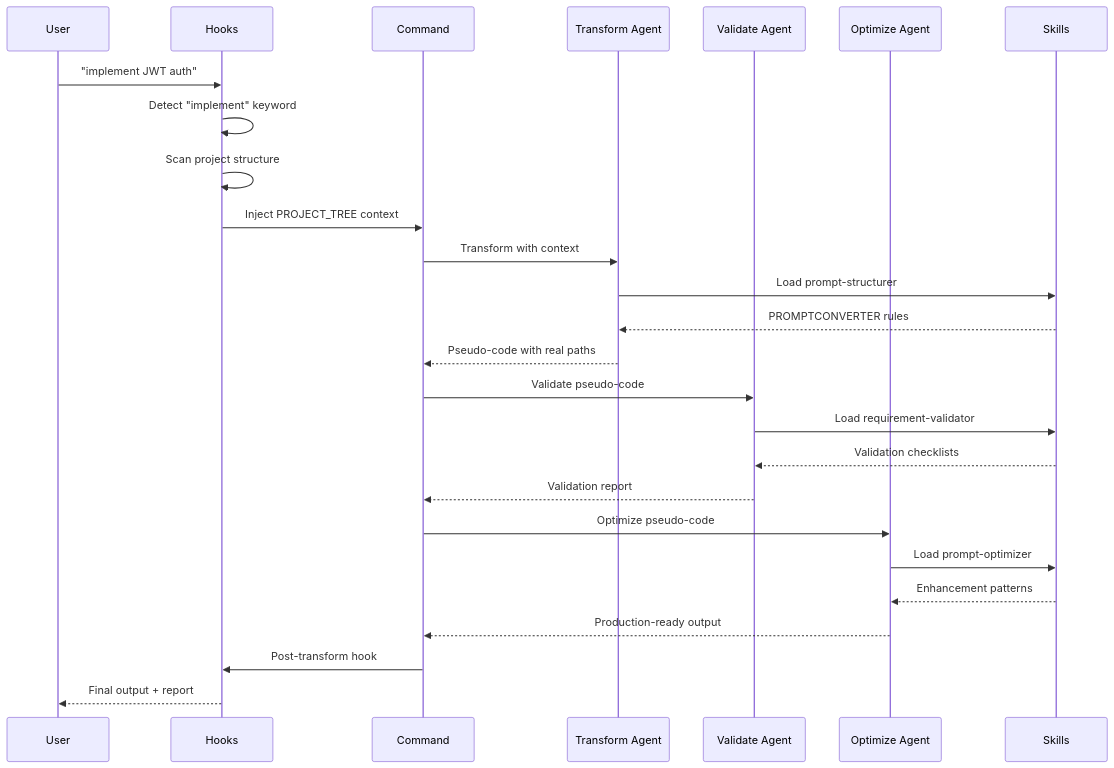
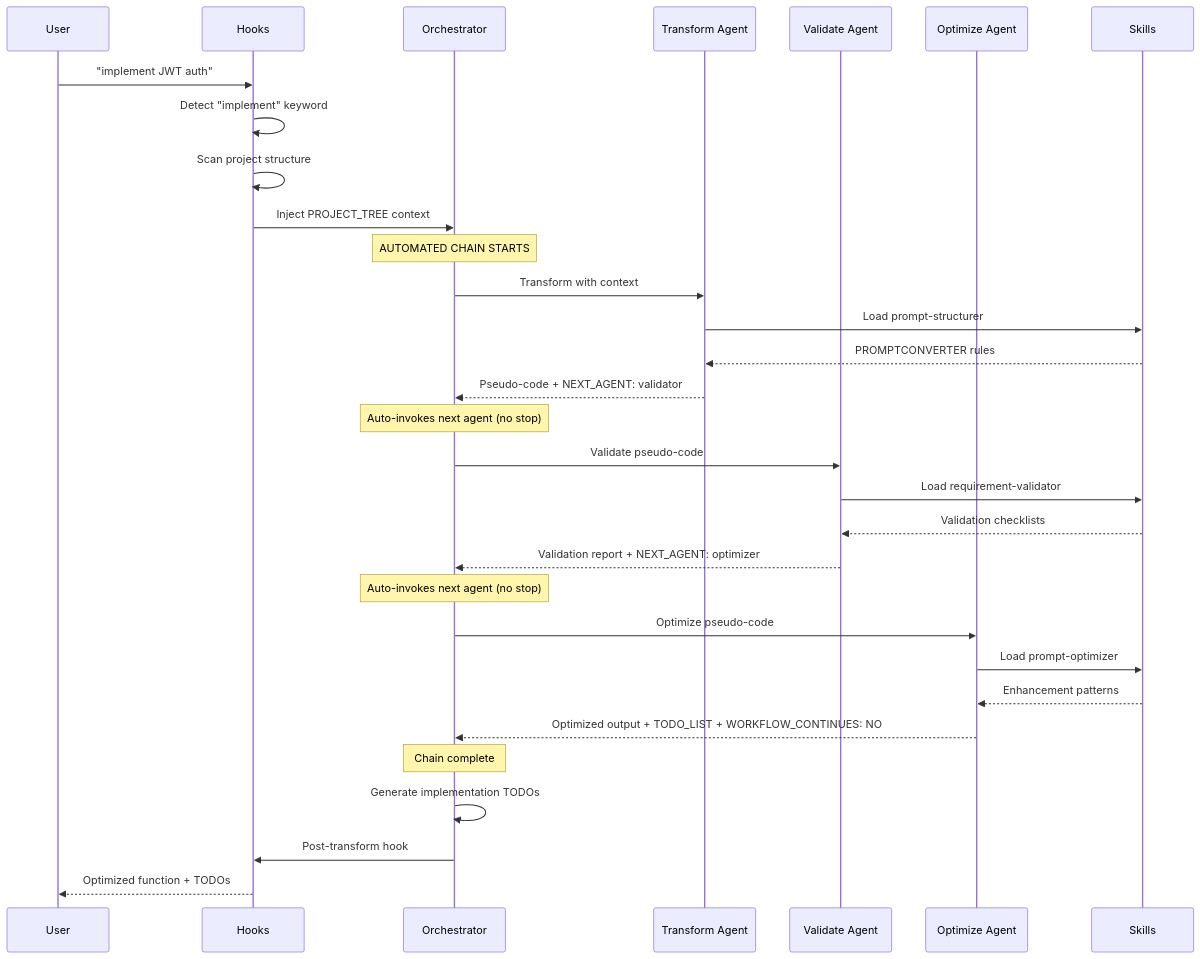
One commit to EladAriel/pseudo-code-prompting-plugin changed the second of 2 diagrams in docs/ARCHITECTURE.md. Above: the diagram before and after it, drawn with Mermaid. The commit also changed other lines of this file and 8 other files, not shown here.

Commit message:
add complete workflow support

````diff
--- a/docs/ARCHITECTURE.md
+++ b/docs/ARCHITECTURE.md
@@ -91,29 +91,42 @@
 ```mermaid
 sequenceDiagram
     participant U as User
     participant H as Hooks
-    participant C as Command
+    participant O as Orchestrator
     participant A1 as Transform Agent
     participant A2 as Validate Agent
     participant A3 as Optimize Agent
     participant S as Skills
 
     U->>H: "implement JWT auth"
     H->>H: Detect "implement" keyword
     H->>H: Scan project structure
-    H->>C: Inject PROJECT_TREE context
-    C->>A1: Transform with context
+    H->>O: Inject PROJECT_TREE context
+
+    Note over O: AUTOMATED CHAIN STARTS
+
+    O->>A1: Transform with context
     A1->>S: Load prompt-structurer
     S-->>A1: PROMPTCONVERTER rules
-    A1-->>C: Pseudo-code with real paths
-    C->>A2: Validate pseudo-code
+    A1-->>O: Pseudo-code + NEXT_AGENT: validator
+
+    Note over O: Auto-invokes next agent (no stop)
+
+    O->>A2: Validate pseudo-code
     A2->>S: Load requirement-validator
     S-->>A2: Validation checklists
-    A2-->>C: Validation report
-    C->>A3: Optimize pseudo-code
+    A2-->>O: Validation report + NEXT_AGENT: optimizer
+
+    Note over O: Auto-invokes next agent (no stop)
+
+    O->>A3: Optimize pseudo-code
     A3->>S: Load prompt-optimizer
     S-->>A3: Enhancement patterns
-    A3-->>C: Production-ready output
-    C->>H: Post-transform hook
-    H-->>U: Final output + report
+    A3-->>O: Optimized output + TODO_LIST + WORKFLOW_CONTINUES: NO
+
+    Note over O: Chain complete
+
+    O->>O: Generate implementation TODOs
+    O->>H: Post-transform hook
+    H-->>U: Optimized function + TODOs
 ```
````
